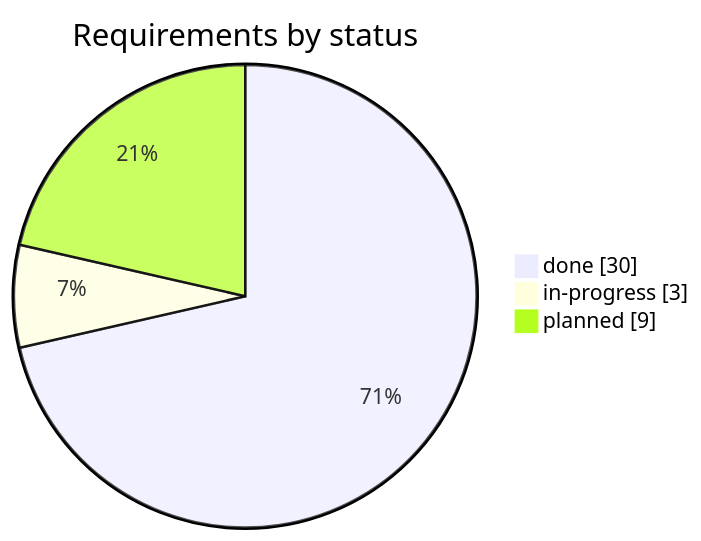
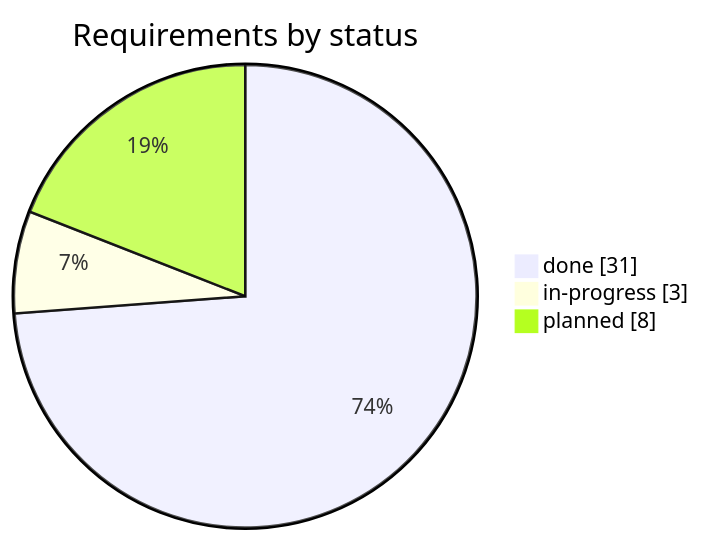
Before and after one commit to rikire/Exchange-Student-Guide-Platform: the first of 2 diagrams in docs/gap-list.md, drawn with Mermaid. The commit also changed other lines of this file and 20 other files, not shown here.

````diff
--- a/docs/gap-list.md
+++ b/docs/gap-list.md
@@ -13,6 +13,6 @@
 ```mermaid
 pie showData title Requirements by status
-    "done" : 30
+    "done" : 31
     "in-progress" : 3
-    "planned" : 9
+    "planned" : 8
 ```
````
